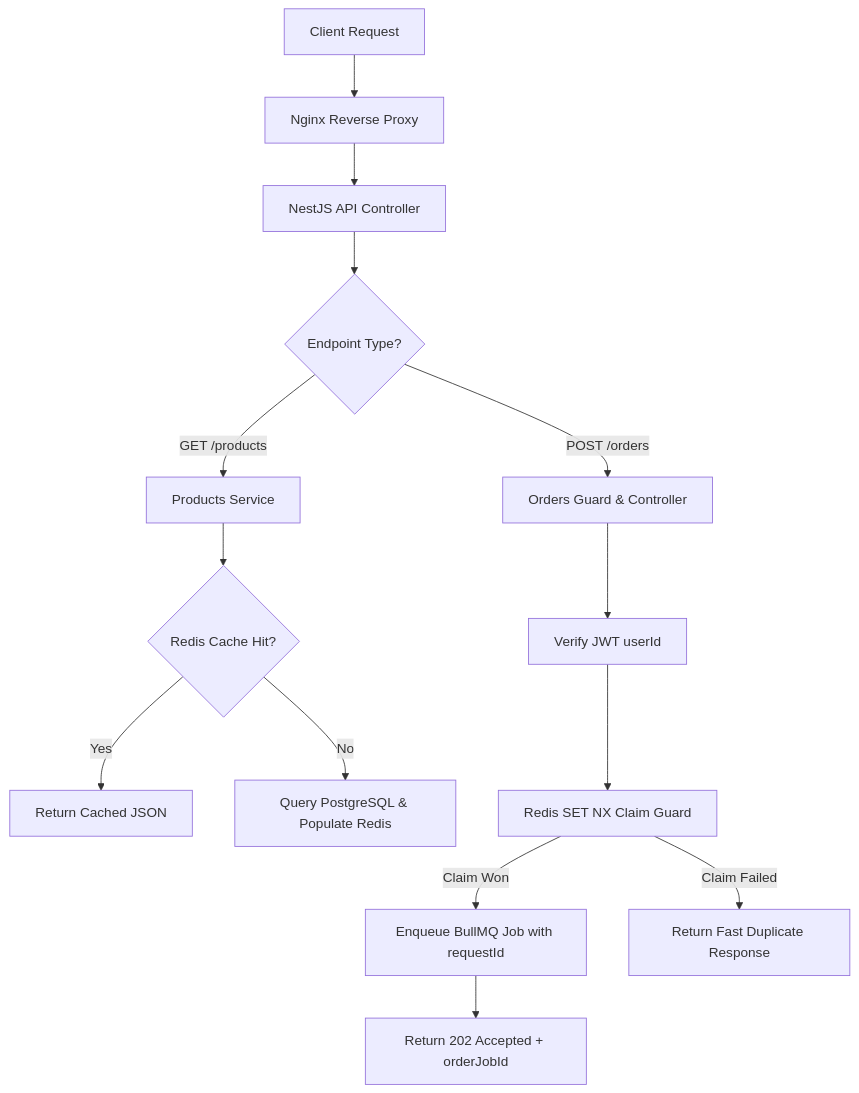
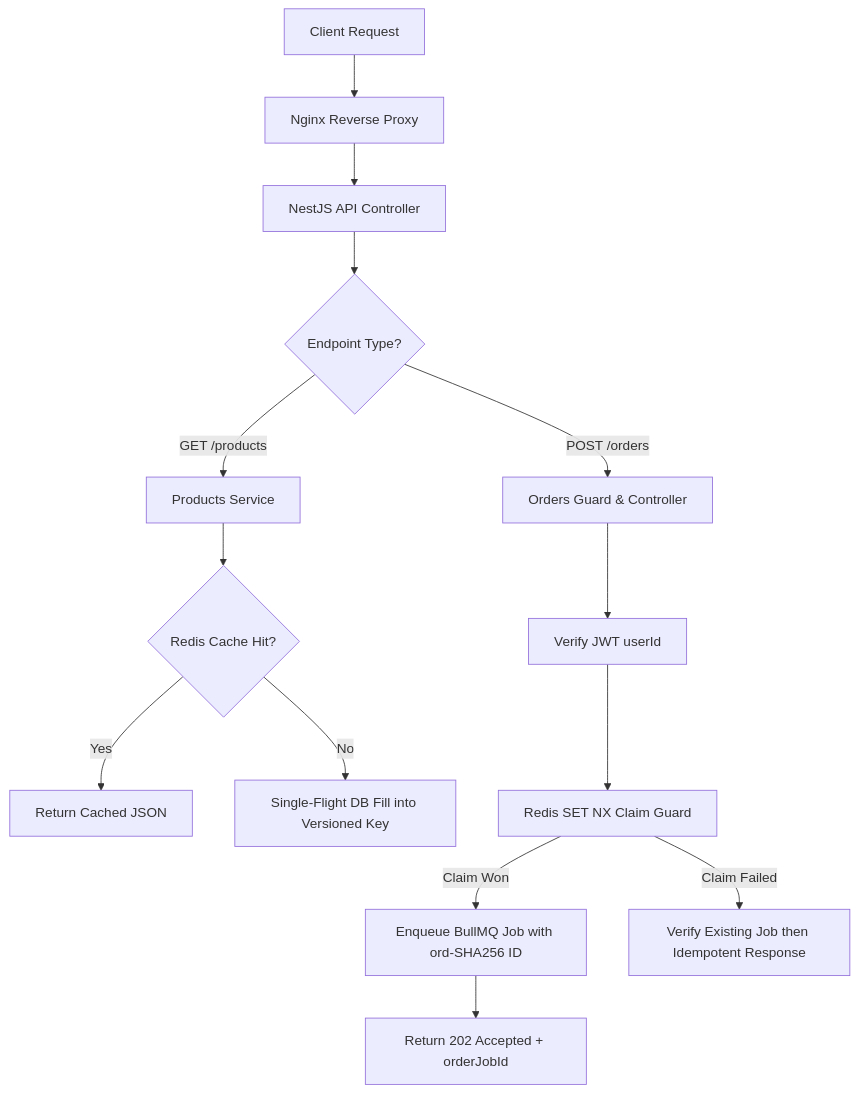
The diagram in .agent/skills/nestjs-api-development/SKILL.md (sanpipop/FlashSaleSystem), drawn with Mermaid before and after one commit. The commit also changed other lines of this file and 41 other files, not shown here.

First line of the commit message:
docs: refine flash sale architecture and implementation guidelines

````diff
--- a/.agent/skills/nestjs-api-development/SKILL.md
+++ b/.agent/skills/nestjs-api-development/SKILL.md
@@ -82,16 +84,16 @@
 ```mermaid
 graph TD
     A[Client Request] --> B[Nginx Reverse Proxy]
     B --> C[NestJS API Controller]
     C --> D{Endpoint Type?}
     D -- GET /products --> E[Products Service]
     E --> F{Redis Cache Hit?}
     F -- Yes --> G[Return Cached JSON]
-    F -- No --> H[Query PostgreSQL & Populate Redis]
+    F -- No --> H[Single-Flight DB Fill into Versioned Key]
     D -- POST /orders --> I[Orders Guard & Controller]
     I --> J[Verify JWT userId]
     J --> K[Redis SET NX Claim Guard]
-    K -- Claim Won --> L[Enqueue BullMQ Job with requestId]
+    K -- Claim Won --> L[Enqueue BullMQ Job with ord-SHA256 ID]
     L --> M[Return 202 Accepted + orderJobId]
-    K -- Claim Failed --> N[Return Fast Duplicate Response]
+    K -- Claim Failed --> N[Verify Existing Job then Idempotent Response]
 ```
````
